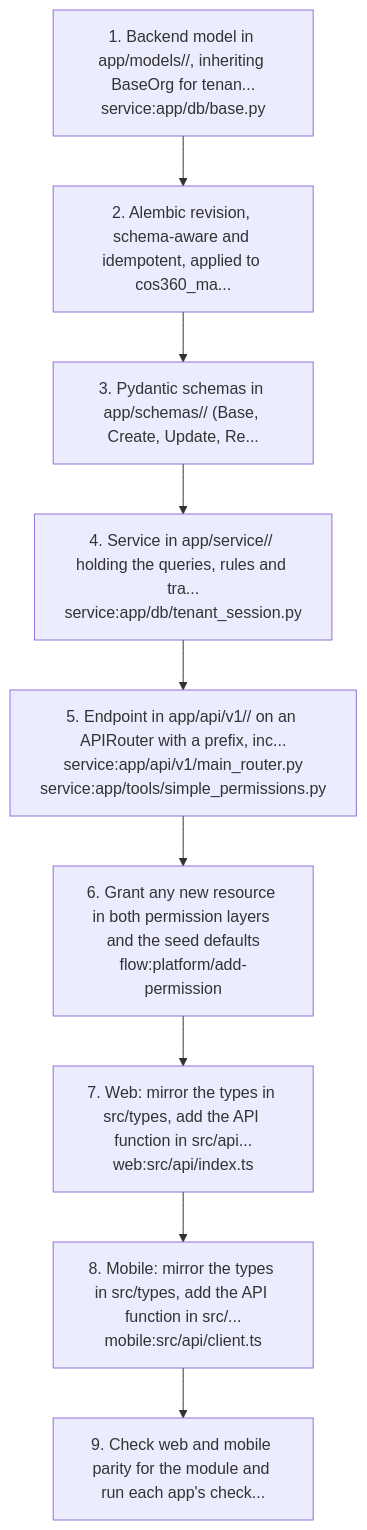
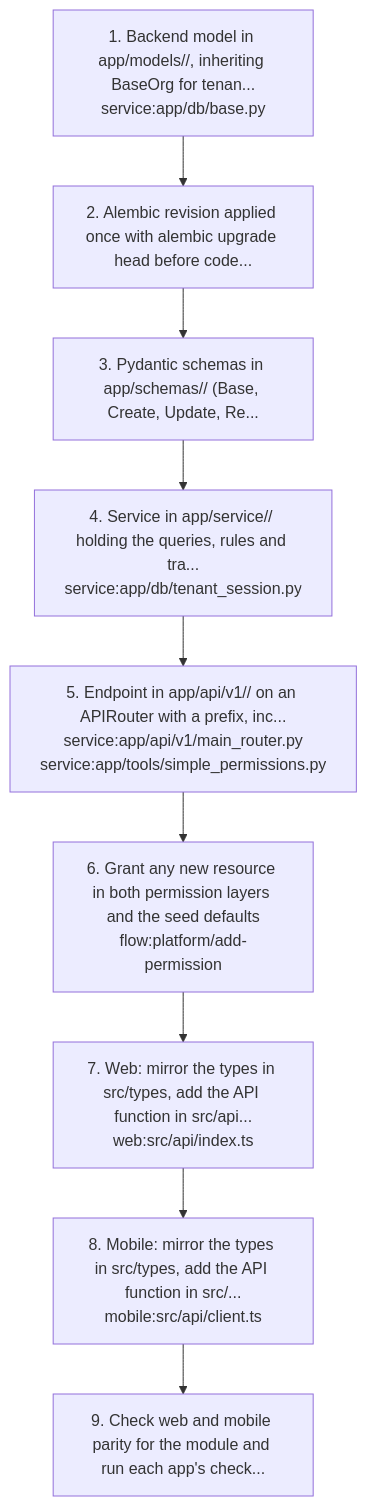
The second of 7 diagrams in docs/graph/views/platform.md (nerellasraj21/cos360_full_app), drawn with Mermaid before and after one commit. The commit also changed other lines of this file and 96 other files, not shown here.

First line of the commit message:
Convert Celery tasks and remaining per-schema code to tenant ids

````diff
--- a/docs/graph/views/platform.md
+++ b/docs/graph/views/platform.md
@@ -78,20 +79,20 @@
 ```mermaid
 flowchart TD
   s1["1. Backend model in app/models/<module>/, inheriting BaseOrg for tenan...<br/>service:app/db/base.py"]
-  s2["2. Alembic revision, schema-aware and idempotent, applied to cos360_ma..."]
+  s2["2. Alembic revision applied once with alembic upgrade head before code..."]
   s1 --> s2
   s3["3. Pydantic schemas in app/schemas/<module>/ (Base, Create, Update, Re..."]
   s2 --> s3
   s4["4. Service in app/service/<module>/ holding the queries, rules and tra...<br/>service:app/db/tenant_session.py"]
   s3 --> s4
   s5["5. Endpoint in app/api/v1/<module>/ on an APIRouter with a prefix, inc...<br/>service:app/api/v1/main_router.py<br/>service:app/tools/simple_permissions.py"]
   s4 --> s5
   s6["6. Grant any new resource in both permission layers and the seed defaults<br/>flow:platform/add-permission"]
   s5 --> s6
   s7["7. Web: mirror the types in src/types, add the API function in src/api...<br/>web:src/api/index.ts"]
   s6 --> s7
   s8["8. Mobile: mirror the types in src/types, add the API function in src/...<br/>mobile:src/api/client.ts"]
   s7 --> s8
   s9["9. Check web and mobile parity for the module and run each app's check..."]
   s8 --> s9
 ```
````
